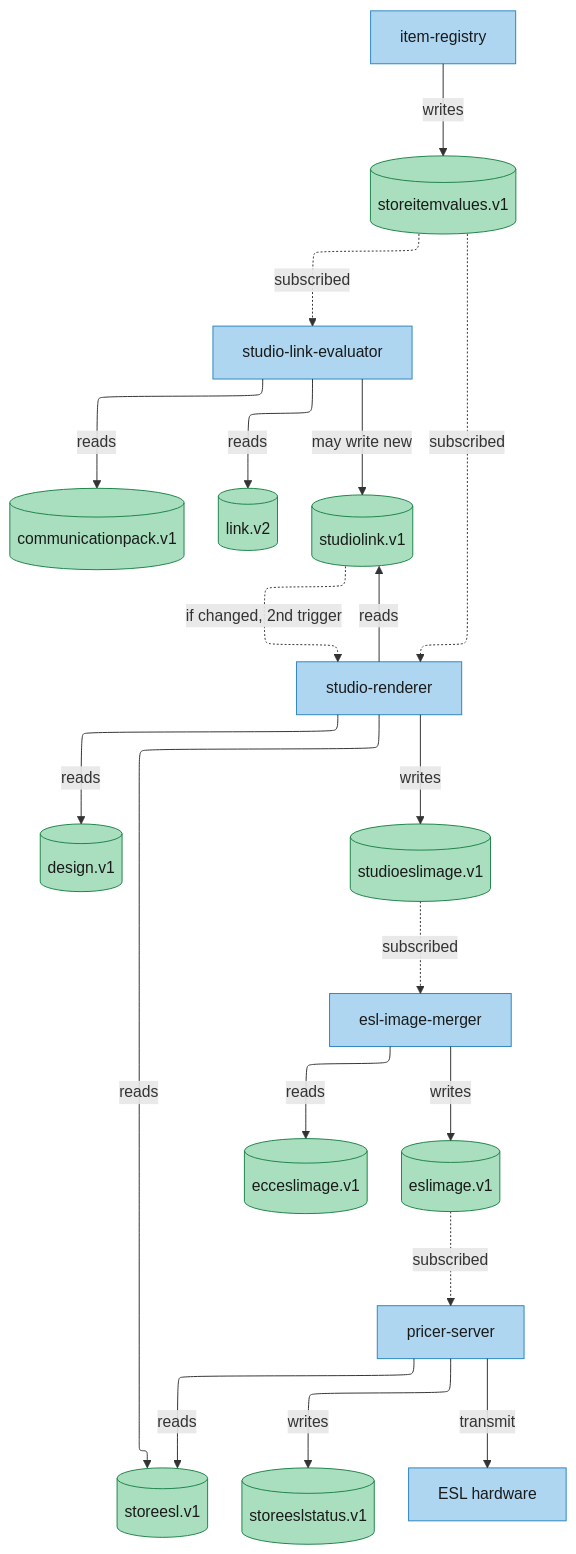
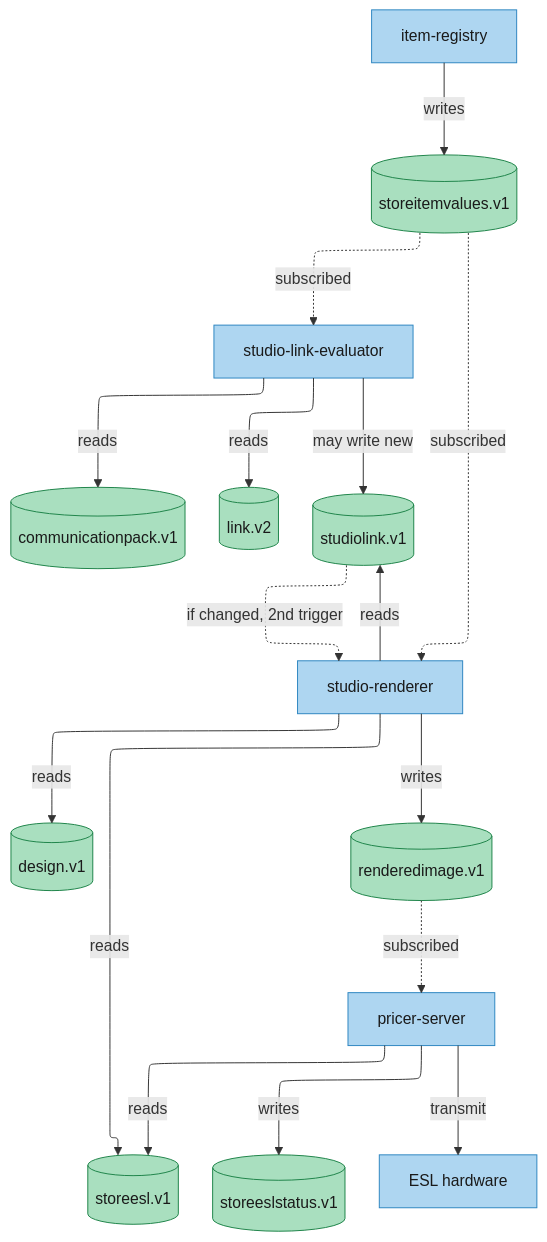
Before and after one commit to cristiandeaconeasa-dev/Replatforming-docs: the first of 5 diagrams in 13-core-data-flows.md, drawn with Mermaid. The commit also changed other lines of this file and 11 other files, not shown here.

````diff
--- a/13-core-data-flows.md
+++ b/13-core-data-flows.md
@@ -48,35 +52,31 @@
 ```mermaid
 ---
 config:
     layout: elk
 ---
 flowchart TD
     IR[item-registry] -->|writes| SIV[("storeitemvalues.v1")]
     
     SIV -.->|subscribed| SLE[studio-link-evaluator]
     SIV -.->|subscribed| SR[studio-renderer]
     
     SLE -->|reads| CP[("communicationpack.v1")]
     SLE -->|reads| LV2[("link.v2")]
     SLE -->|may write new| STL[("studiolink.v1")]
     
     SR -->|reads| STL
     SR -->|reads| DSN[("design.v1")]
     SR -->|reads| SESL[("storeesl.v1")]
     STL -.->|if changed, 2nd trigger| SR
-    SR -->|writes| SEI[("studioeslimage.v1")]
+    SR -->|writes| SEI[("renderedimage.v1")]
     
-    SEI -.->|subscribed| EIM[esl-image-merger]
-    EIM -->|reads| ECE[("ecceslimage.v1")]
-    EIM -->|writes| ESI[("eslimage.v1")]
-    
-    ESI -.->|subscribed| PS[pricer-server]
+    SEI -.->|subscribed| PS[pricer-server]
     PS -->|reads| SESL
     PS -->|writes| STS[("storeeslstatus.v1")]
     PS -->|transmit| ESL[ESL hardware]
 
     classDef svc fill:#AED6F1,stroke:#2E86C1,color:#1a1a1a
     classDef dto fill:#A9DFBF,stroke:#1E8449,color:#1a1a1a
-    class IR,SLE,SR,EIM,PS,ESL svc
-    class SIV,CP,LV2,STL,DSN,SESL,SEI,ECE,ESI,STS dto
+    class IR,SLE,SR,PS,ESL svc
+    class SIV,CP,LV2,STL,DSN,SESL,SEI,STS dto
 ```
````
